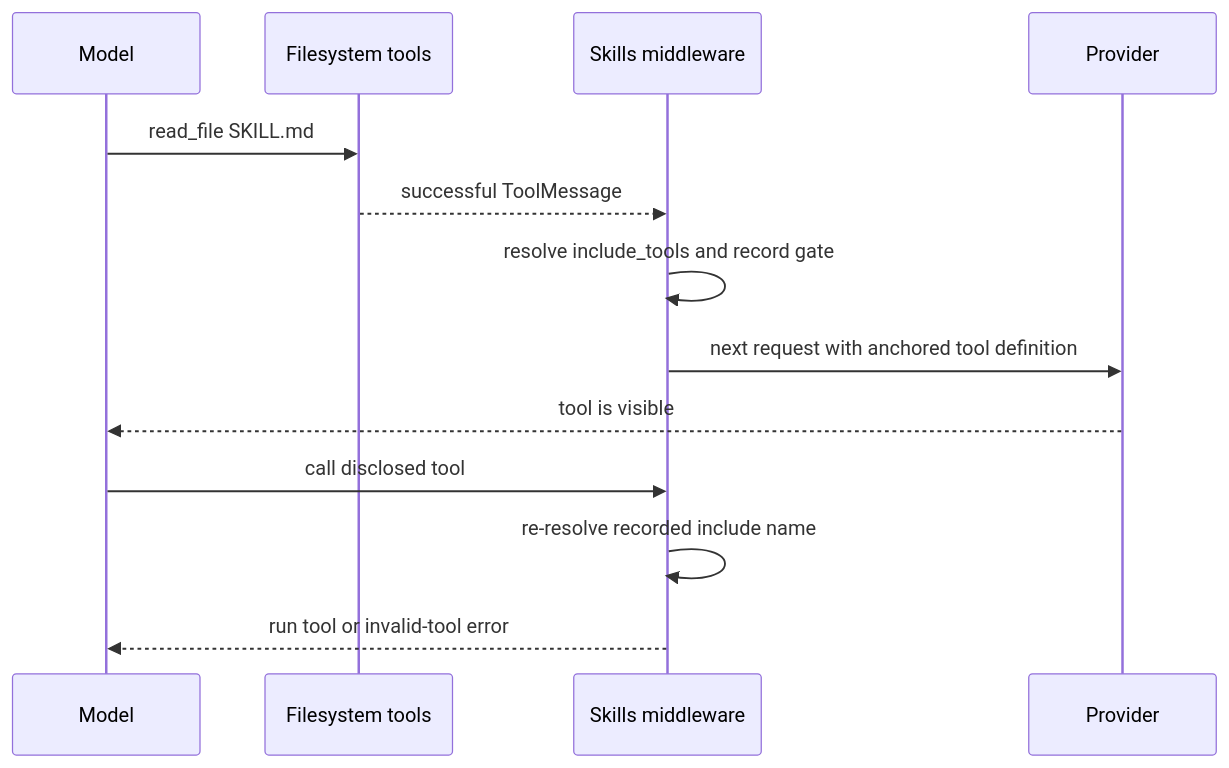
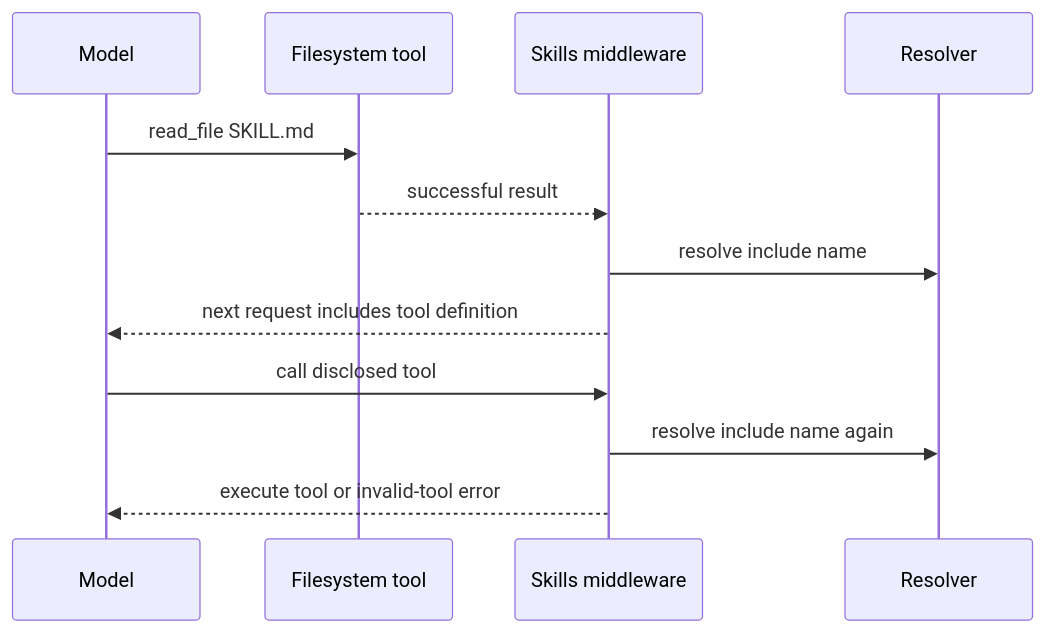
One commit to langchain-ai/deepagents changed the fourth of 4 diagrams in openwiki/concepts/subagents-skills.md. Above: the diagram before and after it, drawn with Mermaid. The commit also changed other lines of this file and 37 other files, not shown here.

````diff
--- a/openwiki/concepts/subagents-skills.md
+++ b/openwiki/concepts/subagents-skills.md
@@ -174,15 +142,14 @@
 ```mermaid
 sequenceDiagram
     participant Model
-    participant Files as Filesystem tools
+    participant Files as Filesystem tool
     participant Skills as Skills middleware
-    participant Provider
+    participant Resolver
     Model->>Files: read_file SKILL.md
-    Files-->>Skills: successful ToolMessage
-    Skills->>Skills: resolve include_tools and record gate
-    Skills->>Provider: next request with anchored tool definition
-    Provider-->>Model: tool is visible
+    Files-->>Skills: successful result
+    Skills->>Resolver: resolve include name
+    Skills-->>Model: next request includes tool definition
     Model->>Skills: call disclosed tool
-    Skills->>Skills: re-resolve recorded include name
-    Skills-->>Model: run tool or invalid-tool error
+    Skills->>Resolver: resolve include name again
+    Skills-->>Model: execute tool or invalid-tool error
 ```
````
